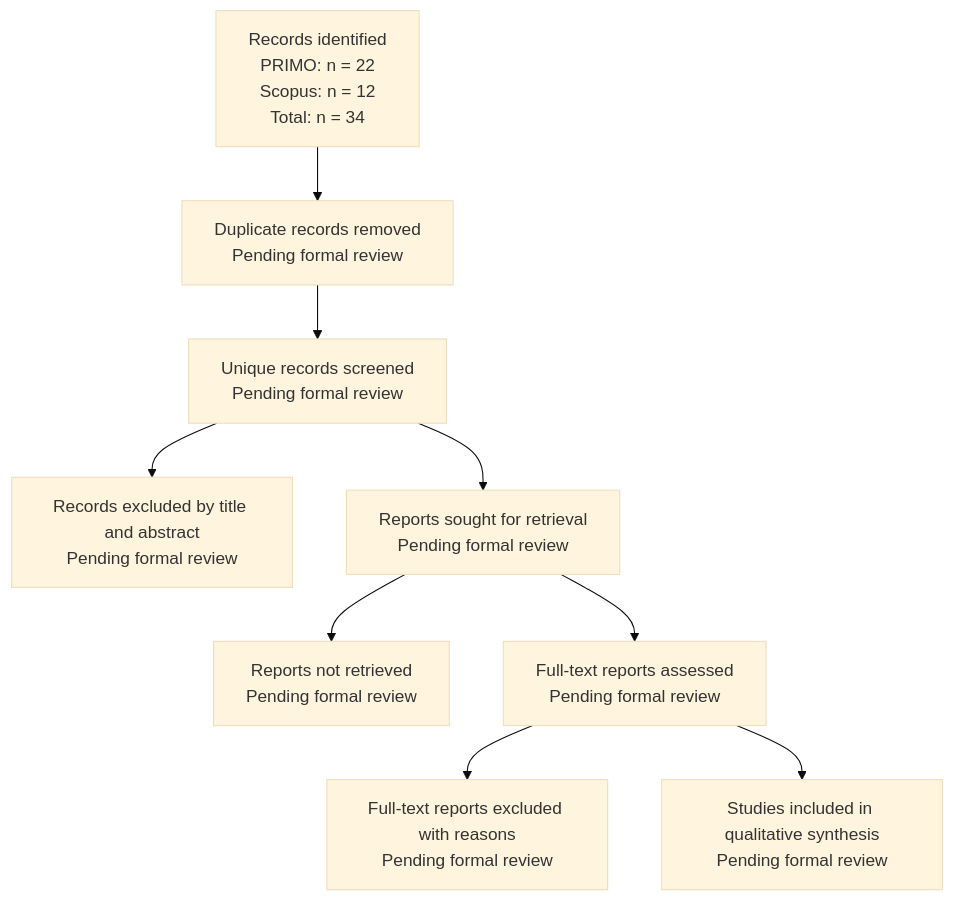
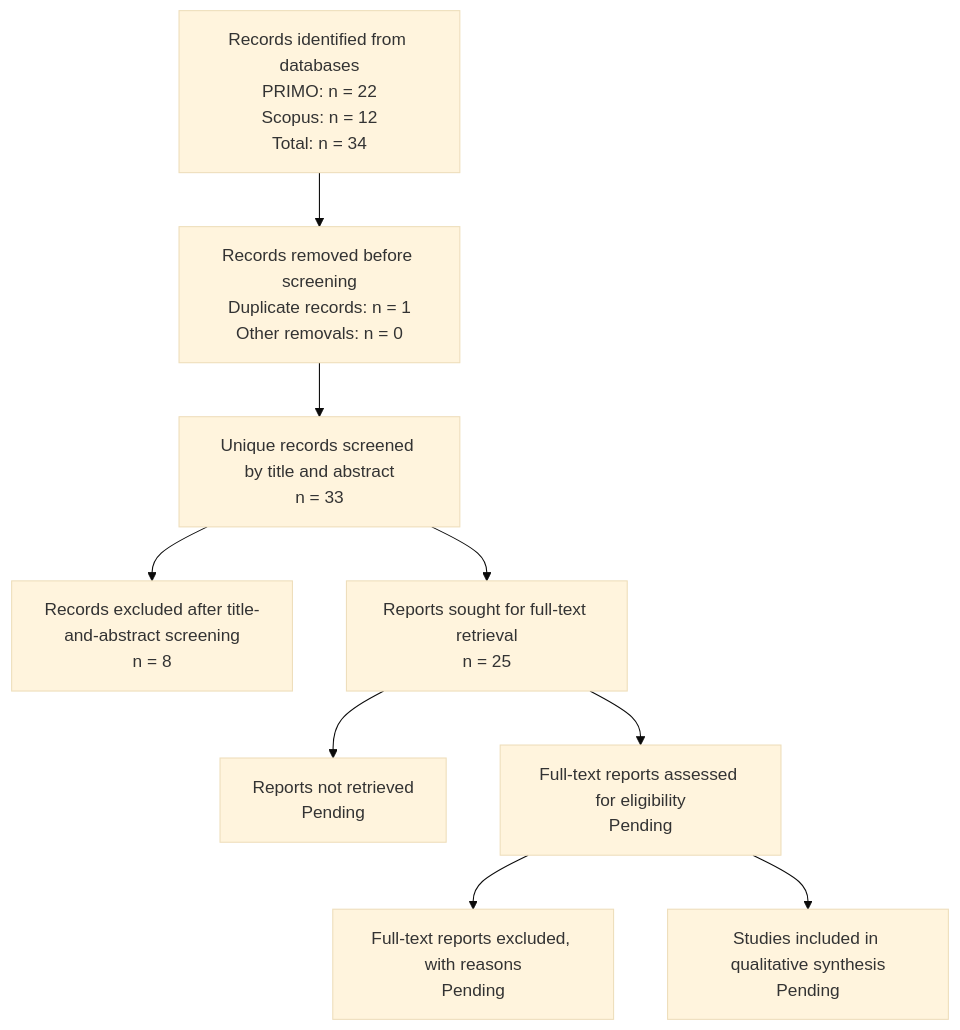
One commit to ayshibashi/unmsm-research-methods-angela-yshibashi changed the diagram in 04_literature/systematic_review.md. Above: the diagram before and after it, drawn with Mermaid (base theme). The commit also changed other lines of this file, not shown here.

First line of the commit message:
Revise systematic review for clarity and detail

````diff
--- a/04_literature/systematic_review.md
+++ b/04_literature/systematic_review.md
@@ -719,29 +827,29 @@
 ```mermaid
 flowchart TD
-    A["Records identified<br/>PRIMO: n = 22<br/>Scopus: n = 12<br/>Total: n = 34"]
+    A["Records identified from databases<br/>PRIMO: n = 22<br/>Scopus: n = 12<br/>Total: n = 34"]
 
-    B["Duplicate records removed<br/>Pending formal review"]
+    B["Records removed before screening<br/>Duplicate records: n = 1<br/>Other removals: n = 0"]
 
-    C["Unique records screened<br/>Pending formal review"]
+    C["Unique records screened by title and abstract<br/>n = 33"]
 
-    D["Records excluded by title and abstract<br/>Pending formal review"]
+    D["Records excluded after title-and-abstract screening<br/>n = 8"]
 
-    E["Reports sought for retrieval<br/>Pending formal review"]
+    E["Reports sought for full-text retrieval<br/>n = 25"]
 
-    F["Reports not retrieved<br/>Pending formal review"]
+    F["Reports not retrieved<br/>Pending"]
 
-    G["Full-text reports assessed<br/>Pending formal review"]
+    G["Full-text reports assessed for eligibility<br/>Pending"]
 
-    H["Full-text reports excluded with reasons<br/>Pending formal review"]
+    H["Full-text reports excluded, with reasons<br/>Pending"]
 
-    I["Studies included in qualitative synthesis<br/>Pending formal review"]
+    I["Studies included in qualitative synthesis<br/>Pending"]
 
     A --> B
     B --> C
     C --> D
     C --> E
     E --> F
     E --> G
     G --> H
     G --> I
 ```
````
